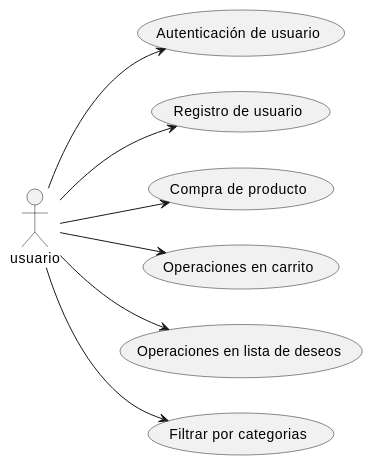
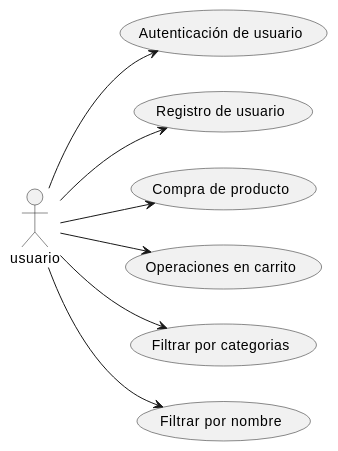
Before and after one commit to Arquisoft/dede_es1c: the diagram in docs/08_concepts.adoc, drawn with PlantUML. The commit also changed other lines of this file and 6 other files, not shown here.

```diff
--- a/docs/08_concepts.adoc
+++ b/docs/08_concepts.adoc
@@ -73,19 +73,19 @@
 [plantuml, "conceptos operativos",png]
 ----
 left to right direction
 usuario as ac1
 
 (Autenticación de usuario) as (a)
 (Registro de usuario) as (r)
 (Compra de producto) as (c)
 (Operaciones en carrito) as (o)
-(Operaciones en lista de deseos) as (op)
 (Filtrar por categorias) as (f)
+(Filtrar por nombre) as (n)
 
 ac1 --> a
 ac1 --> r
 ac1 --> c
 ac1 --> o
-ac1 --> op
 ac1 --> f
+ac1 --> n
 ----
```
